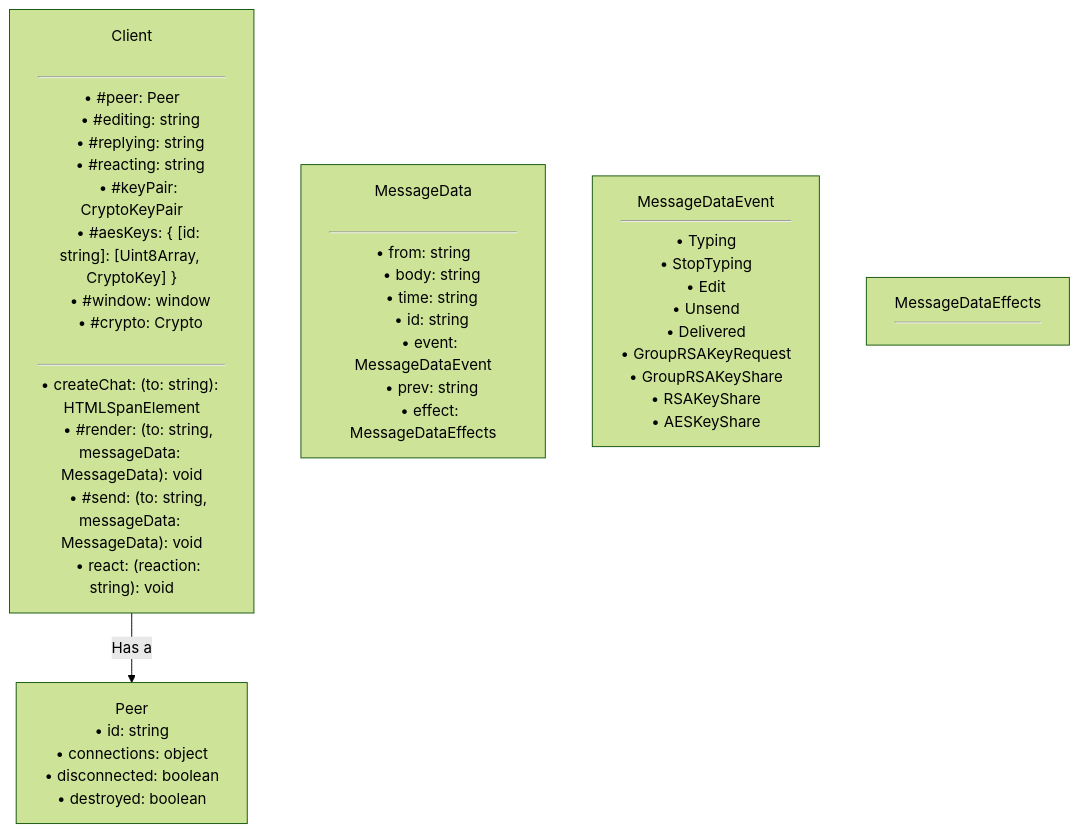
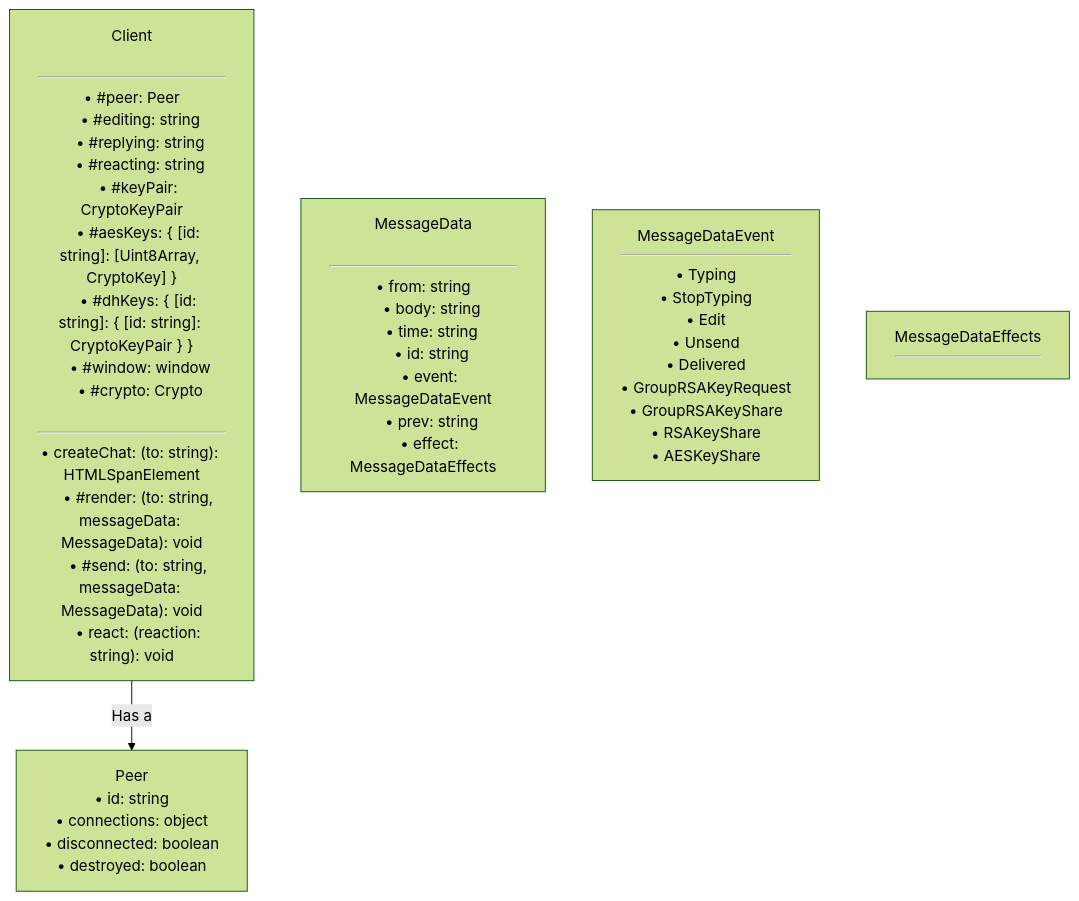
The first of 4 diagrams in README.md (xXCrash2BomberXx/TinyChat), drawn with Mermaid (forest theme) before and after one commit.

````diff
--- a/README.md
+++ b/README.md
@@ -137,50 +137,51 @@
 ```mermaid
 graph TB;
   A["
   Client
     <hr>#8226; #peer: Peer
     #8226; #editing: string
     #8226; #replying: string
     #8226; #reacting: string
     #8226; #keyPair: CryptoKeyPair
     #8226; #aesKeys: { [id: string]: [Uint8Array, CryptoKey] }
+    #8226; #dhKeys: { [id: string]: { [id: string]: CryptoKeyPair } }
     #8226; #window: window
     #8226; #crypto: Crypto
     <hr>#8226; createChat: (to: string): HTMLSpanElement
     #8226; #render: (to: string, messageData: MessageData): void
     #8226; #send: (to: string, messageData: MessageData): void
     #8226; react: (reaction: string): void
   "] --> |Has a| B["
   Peer
     #8226; id: string
     #8226; connections: object
     #8226; disconnected: boolean
     #8226; destroyed: boolean
   "];
   C["
   MessageData
     <hr>#8226; from: string
     #8226; body: string
     #8226; time: string
     #8226; id: string
     #8226; event: MessageDataEvent
     #8226; prev: string
     #8226; effect: MessageDataEffects
   "];
   D["
   MessageDataEvent
     <hr>#8226; Typing
     #8226; StopTyping
     #8226; Edit
     #8226; Unsend
     #8226; Delivered
     #8226; GroupRSAKeyRequest
     #8226; GroupRSAKeyShare
     #8226; RSAKeyShare
     #8226; AESKeyShare
   "];
   E["
   MessageDataEffects
   <hr>
   "];
 ```
````
